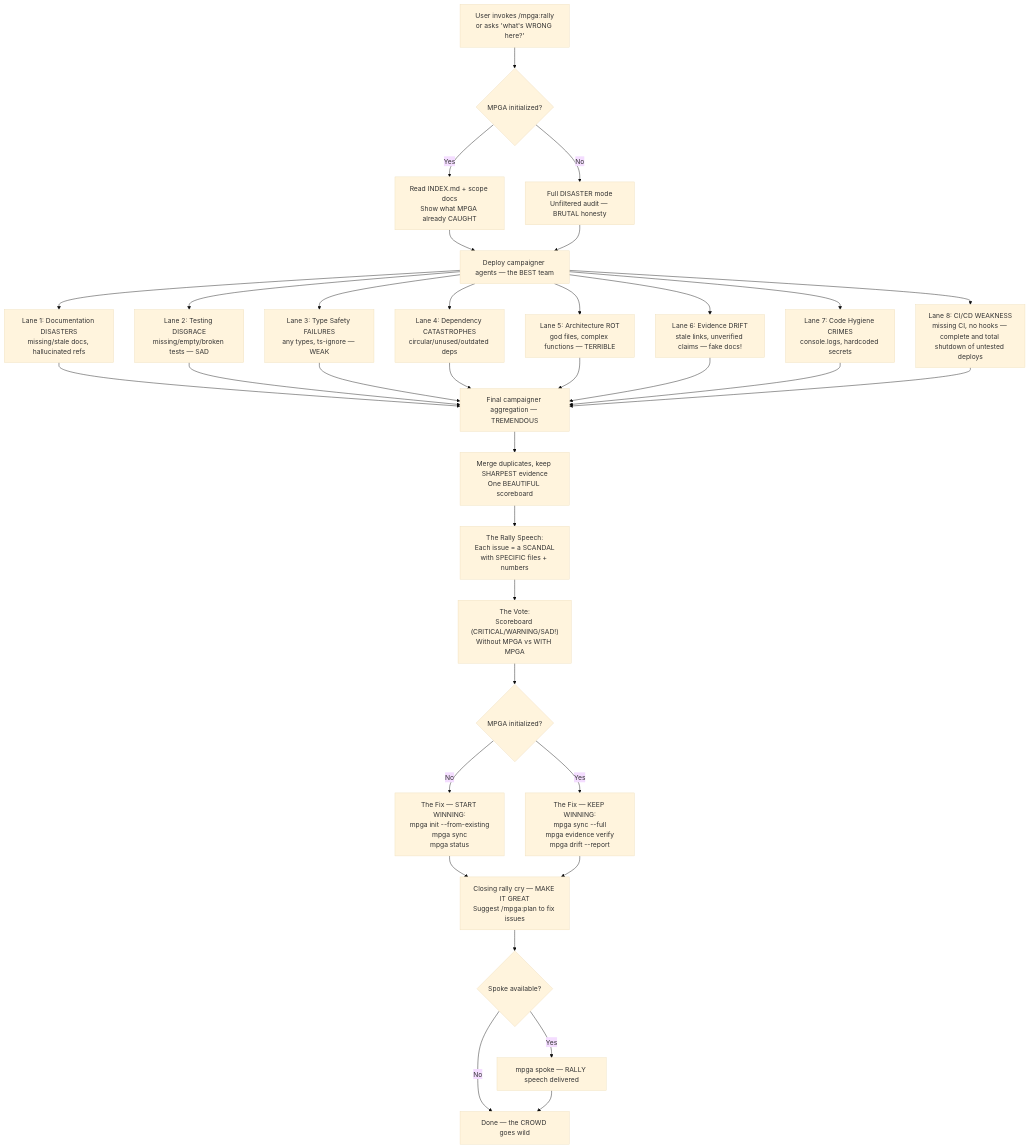
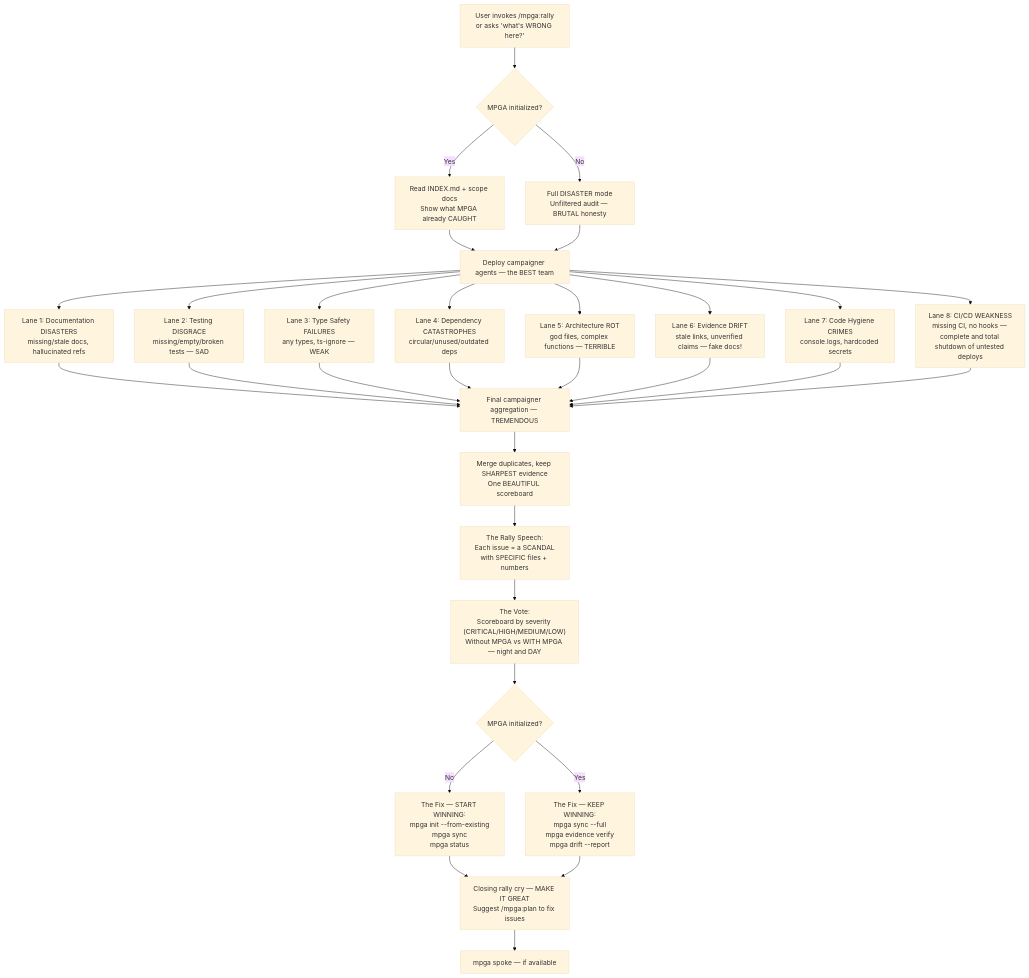
The diagram in docs/diagrams/skills/rally.md (benrben/MPGA), drawn with Mermaid (base theme) before and after one commit. The commit also changed other lines of this file and 73 other files, not shown here.

First line of the commit message:
refactor: standardize mpga spoke references across agents and skills

````diff
--- a/docs/diagrams/skills/rally.md
+++ b/docs/diagrams/skills/rally.md
@@ -5,43 +5,40 @@
 ```mermaid
 flowchart TD
     A["User invokes /mpga:rally\nor asks 'what's WRONG here?'"] --> B{MPGA initialized?}
     B -->|Yes| C[Read INDEX.md + scope docs\nShow what MPGA already CAUGHT]
     B -->|No| D[Full DISASTER mode\nUnfiltered audit — BRUTAL honesty]
 
     C --> E[Deploy campaigner agents — the BEST team]
     D --> E
 
     E --> F["Lane 1: Documentation DISASTERS\nmissing/stale docs, hallucinated refs"]
     E --> G["Lane 2: Testing DISGRACE\nmissing/empty/broken tests — SAD"]
     E --> H["Lane 3: Type Safety FAILURES\nany types, ts-ignore — WEAK"]
     E --> I["Lane 4: Dependency CATASTROPHES\ncircular/unused/outdated deps"]
     E --> J["Lane 5: Architecture ROT\ngod files, complex functions — TERRIBLE"]
     E --> K["Lane 6: Evidence DRIFT\nstale links, unverified claims — fake docs!"]
     E --> L["Lane 7: Code Hygiene CRIMES\nconsole.logs, hardcoded secrets"]
     E --> M["Lane 8: CI/CD WEAKNESS\nmissing CI, no hooks — complete and total shutdown of untested deploys"]
 
     F --> N[Final campaigner aggregation — TREMENDOUS]
     G --> N
     H --> N
     I --> N
     J --> N
     K --> N
     L --> N
     M --> N
 
     N --> O["Merge duplicates, keep SHARPEST evidence\nOne BEAUTIFUL scoreboard"]
 
     O --> P["The Rally Speech:\nEach issue = a SCANDAL\nwith SPECIFIC files + numbers"]
-    P --> Q["The Vote:\nScoreboard (CRITICAL/WARNING/SAD!)\nWithout MPGA vs WITH MPGA"]
+    P --> Q["The Vote:\nScoreboard by severity (CRITICAL/HIGH/MEDIUM/LOW)\nWithout MPGA vs WITH MPGA — night and DAY"]
 
     Q --> R{MPGA initialized?}
     R -->|No| S["The Fix — START WINNING:\nmpga init --from-existing\nmpga sync\nmpga status"]
     R -->|Yes| T["The Fix — KEEP WINNING:\nmpga sync --full\nmpga evidence verify\nmpga drift --report"]
 
     S --> U[Closing rally cry — MAKE IT GREAT\nSuggest /mpga:plan to fix issues]
     T --> U
-    U --> V{Spoke available?}
-    V -->|Yes| W[mpga spoke — RALLY speech delivered]
-    V -->|No| X[Done — the CROWD goes wild]
-    W --> X
+    U --> V[mpga spoke — if available]
 ```
````
